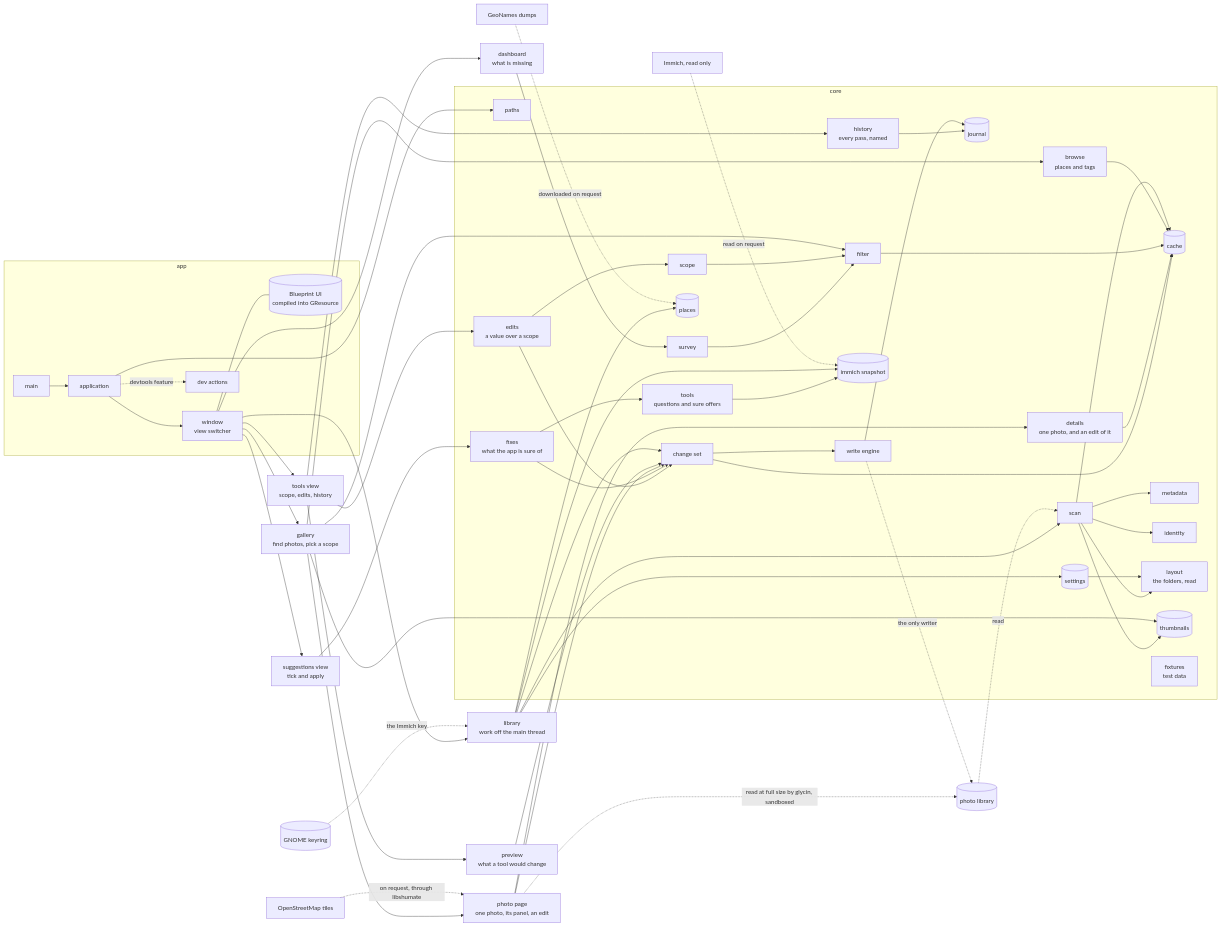
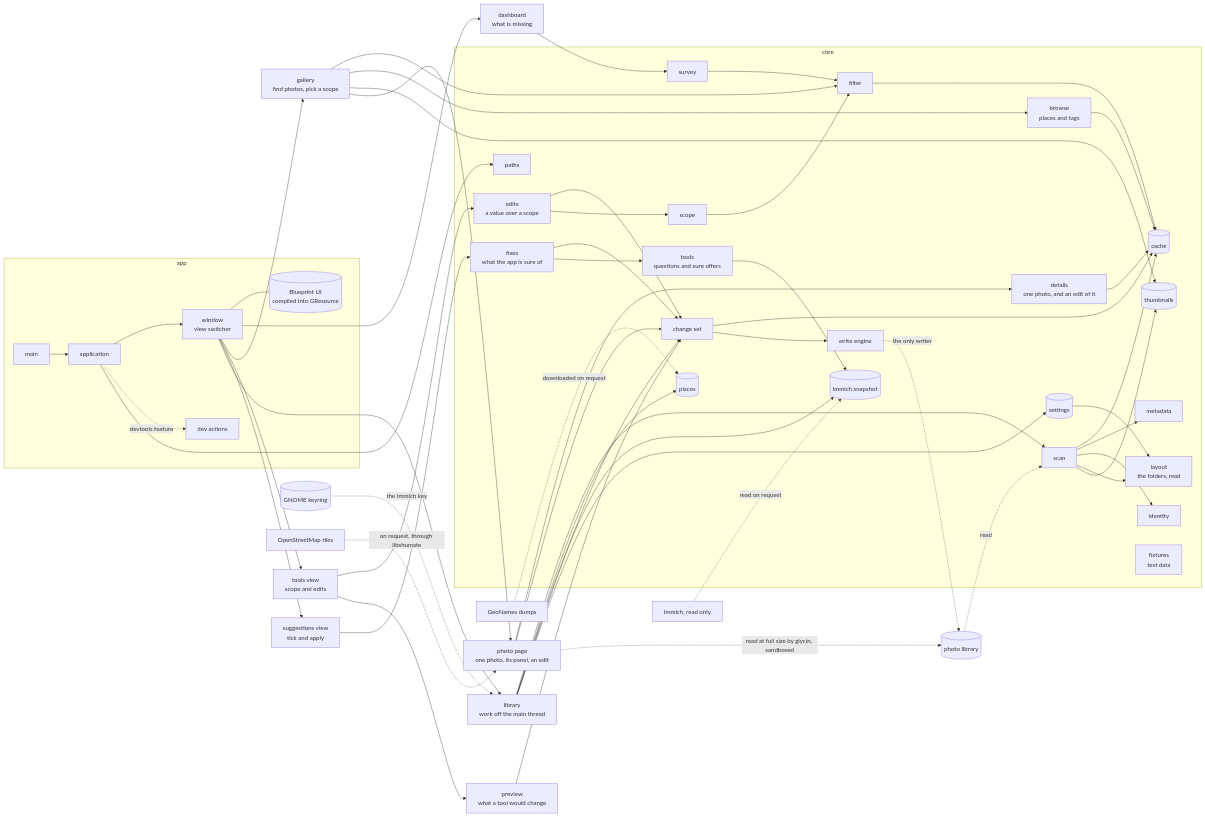
One commit to xuedi/photoManager changed the diagram in docs/overview.md. Above: the diagram before and after it, drawn with Mermaid. The commit also changed other lines of this file and 9 other files, not shown here.

````diff
--- a/docs/overview.md
+++ b/docs/overview.md
@@ -5,65 +5,63 @@
 ```mermaid
 flowchart LR
     subgraph app [app]
         main[main] --> application
         application --> window[window<br/>view switcher]
         application -. devtools feature .-> devtools[dev actions]
         window --- blueprint[(Blueprint UI<br/>compiled into GResource)]
     end
     subgraph core [core]
         paths
         settings[(settings)]
         edits[edits<br/>a value over a scope] --> changeset
         edits --> scope
         fixes[fixes<br/>what the app is sure of] --> changeset
         fixes --> tools[tools<br/>questions and sure offers]
-        history[history<br/>every pass, named] --> journal
         changeset[change set] --> cache
         details[details<br/>one photo, and an edit of it] --> cache
         survey --> filter --> cache
         browse[browse<br/>places and tags] --> cache
         scope --> filter
         changeset --> write
         scan --> cache[(cache)]
         scan --> metadata
         scan --> identity
         scan --> layout[layout<br/>the folders, read]
         settings --> layout
         scan --> thumbs[(thumbnails)]
         geo[(places)]
         immich[(immich snapshot)]
         tools --> immich
-        write[write engine] --> journal[(journal)]
+        write[write engine]
         fixtures[fixtures<br/>test data]
     end
     application --> paths
     window --> dashboard[dashboard<br/>what is missing]
     dashboard --> survey
     window --> gallery[gallery<br/>find photos, pick a scope]
     gallery --> filter
     gallery --> browse
     gallery --> thumbs
     gallery --> photo[photo page<br/>one photo, its panel, an edit]
     photo --> details
     photo --> changeset
     photo -. read at full size by glycin, sandboxed .-> photos
-    window --> toolsview[tools view<br/>scope, edits, history]
+    window --> toolsview[tools view<br/>scope and edits]
     toolsview --> edits
-    toolsview --> history
     window --> suggestionsview[suggestions view<br/>tick and apply]
     suggestionsview --> fixes
     toolsview --> preview[preview<br/>what a tool would change]
     window --> library[library<br/>work off the main thread]
     preview --> changeset
     library --> scan
     library --> geo
     library --> immich
     library --> changeset
     library --> settings
     photos[(photo library)] -. read .-> scan
     write -. the only writer .-> photos
     geonames[GeoNames dumps] -. downloaded on request .-> geo
     immichapi[Immich, read only] -. read on request .-> immich
     keyring[(GNOME keyring)] -. the Immich key .-> library
     osm[OpenStreetMap tiles] -. on request, through libshumate .-> photo
 ```
````
